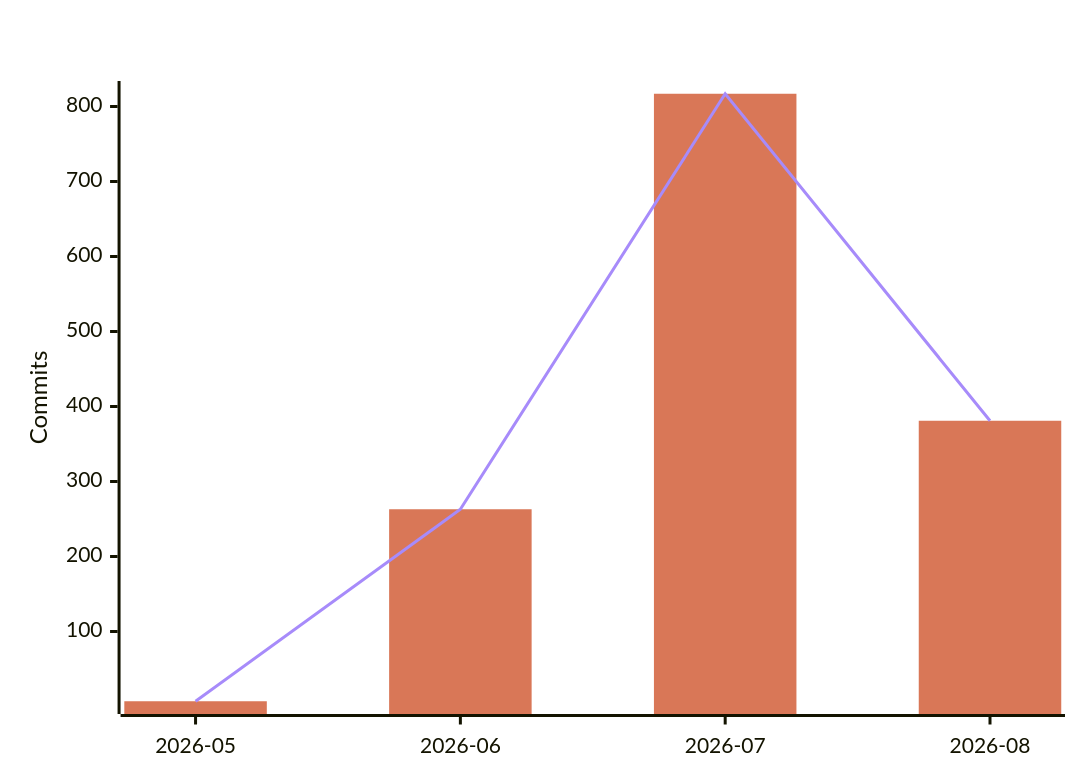
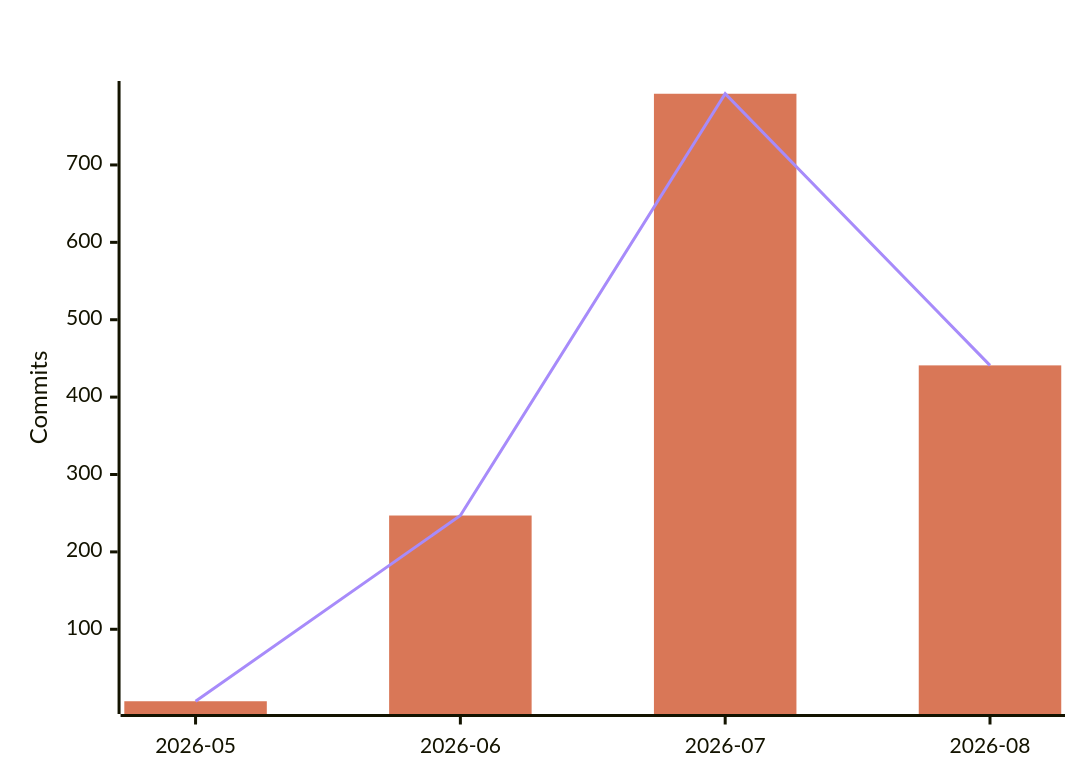
The fourth of 7 diagrams in README.md (polo-nyan/polo-nyan), drawn with Mermaid before and after one commit. The commit also changed other lines of this file and 1 other file, not shown here.

````diff
--- a/README.md
+++ b/README.md
@@ -294,9 +294,9 @@
 ```mermaid
 %%{init: {"xyChart": {"titleColor": "#ffffff", "xAxisLabelColor": "#ffffff", "yAxisLabelColor": "#ffffff"}, "themeVariables": {"xyChart": {"titleColor": "#ffffff", "plotColorPalette": "#d97757, #a78bfa"}}}}%%
 xychart-beta
     title "AI-Assisted Commits Per Month"
     x-axis ["2026-05", "2026-06", "2026-07", "2026-08"]
     y-axis "Commits"
-    bar [7, 263, 817, 381]
-    line [7, 263, 817, 381]
+    bar [7, 247, 792, 441]
+    line [7, 247, 792, 441]
 ```
````
